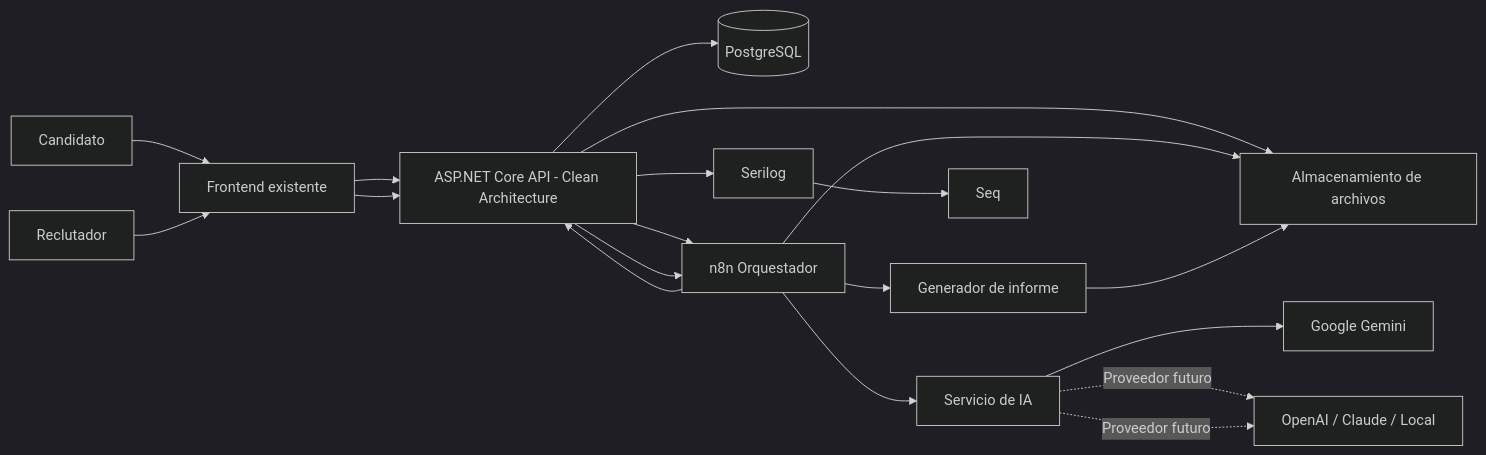
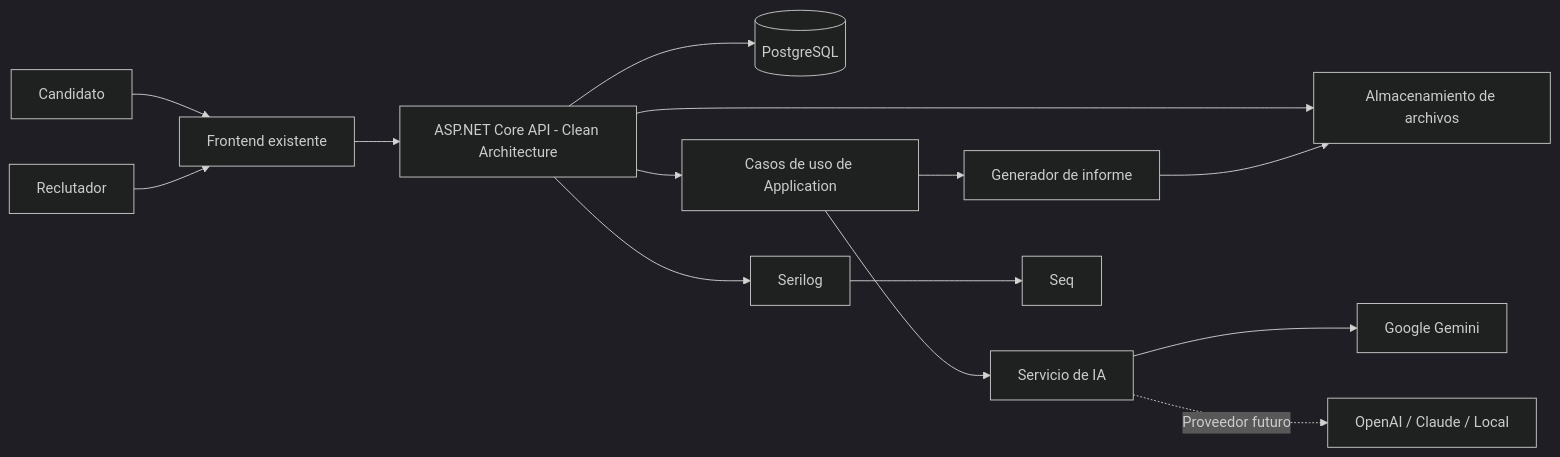
The first of 5 diagrams in docs/sdd.md (JspaNexo/azure-ats), drawn with Mermaid (dark theme) before and after one commit. The commit also changed other lines of this file and 76 other files, not shown here.

````diff
--- a/docs/sdd.md
+++ b/docs/sdd.md
@@ -135,27 +126,21 @@
 ```mermaid
 flowchart LR
     C[Candidato] --> FE[Frontend existente]
     R[Reclutador] --> FE
 
-    FE --> API[ASP.NET Core API]
     FE --> API[ASP.NET Core API - Clean Architecture]
 
     API --> DB[(PostgreSQL)]
     API --> FS[Almacenamiento de archivos]
-    API --> N8N[n8n]
-    API --> N8N[n8n Orquestador]
-
-    N8N --> API
-    N8N --> FS
-    N8N --> AI[Servicio de IA]
+    API --> APP[Casos de uso de Application]
+    APP --> AI[Servicio de IA]
 
     AI --> GEMINI[Google Gemini]
-    AI -. Proveedor futuro .-> OTHER[Otro proveedor]
     AI -. Proveedor futuro .-> OTHER[OpenAI / Claude / Local]
 
-    N8N --> REPORT[Generador de informe]
+    APP --> REPORT[Generador de informe]
     REPORT --> FS
 
     API --> LOG[Serilog]
     LOG --> SEQ[Seq]
 ```
````
